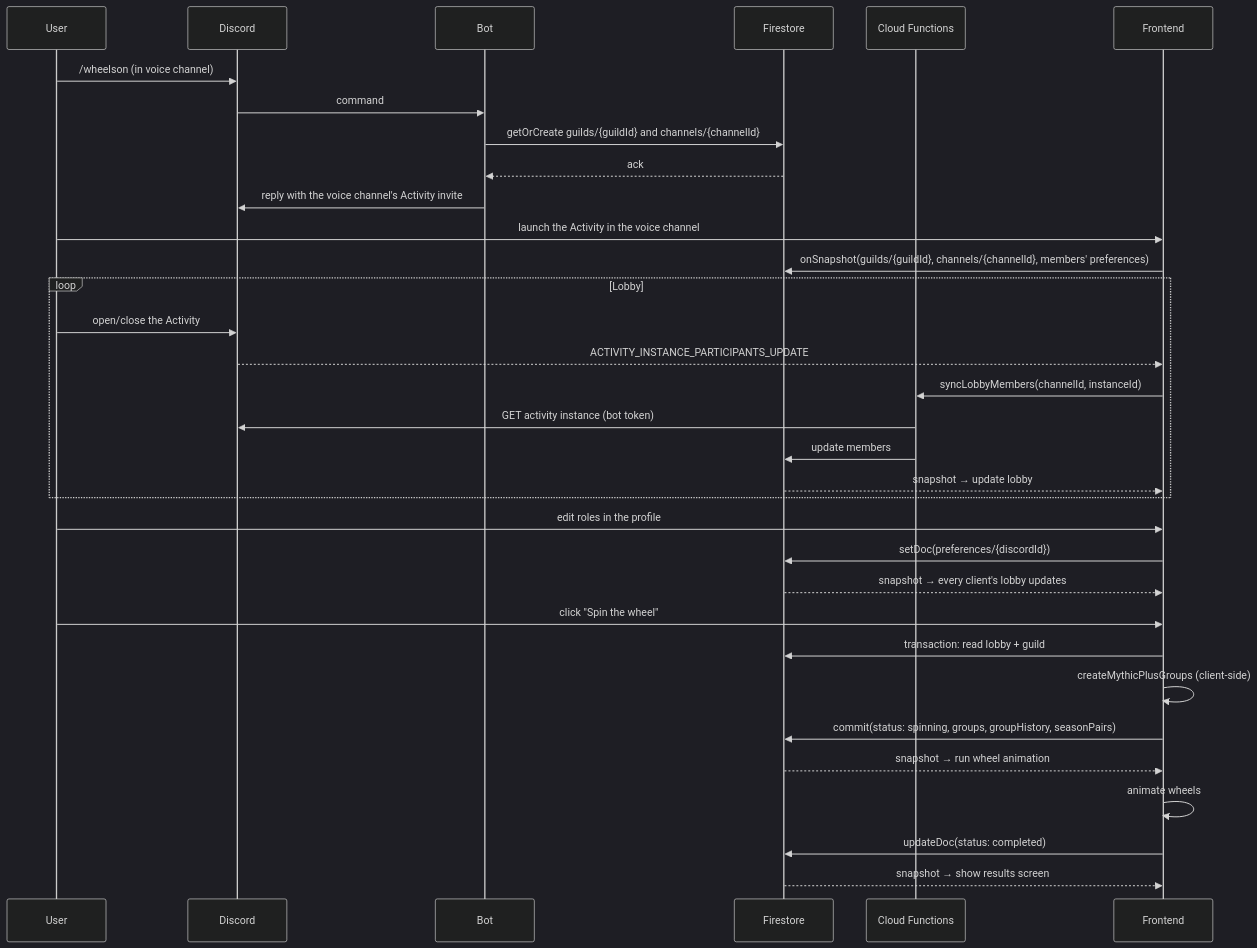
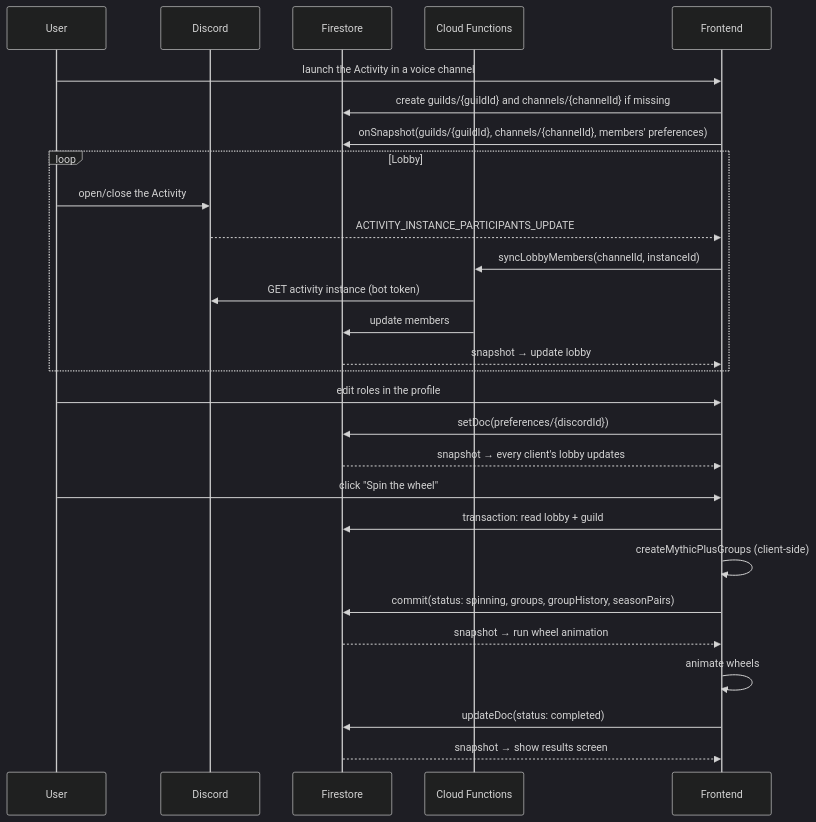
One commit to TytaniumDev/MythicPlusDiscordBot changed the fourth of 5 diagrams in ARCHITECTURE.md. Above: the diagram before and after it, drawn with Mermaid (dark theme). The commit also changed other lines of this file and 82 other files, not shown here.

````diff
--- a/ARCHITECTURE.md
+++ b/ARCHITECTURE.md
@@ -250,39 +227,34 @@
 ```mermaid
 sequenceDiagram
     participant User
     participant Discord
-    participant Bot
     participant Firestore
     participant Functions as Cloud Functions
     participant Frontend
 
-    User->>Discord: /wheelson (in voice channel)
-    Discord->>Bot: command
-    Bot->>Firestore: getOrCreate guilds/{guildId} and channels/{channelId}
-    Firestore-->>Bot: ack
-    Bot->>Discord: reply with the voice channel's Activity invite
-    User->>Frontend: launch the Activity in the voice channel
+    User->>Frontend: launch the Activity in a voice channel
+    Frontend->>Firestore: create guilds/{guildId} and channels/{channelId} if missing
     Frontend->>Firestore: onSnapshot(guilds/{guildId}, channels/{channelId}, members' preferences)
 
     loop Lobby
         User->>Discord: open/close the Activity
         Discord-->>Frontend: ACTIVITY_INSTANCE_PARTICIPANTS_UPDATE
         Frontend->>Functions: syncLobbyMembers(channelId, instanceId)
         Functions->>Discord: GET activity instance (bot token)
         Functions->>Firestore: update members
         Firestore-->>Frontend: snapshot → update lobby
     end
 
     User->>Frontend: edit roles in the profile
     Frontend->>Firestore: setDoc(preferences/{discordId})
     Firestore-->>Frontend: snapshot → every client's lobby updates
 
     User->>Frontend: click "Spin the wheel"
     Frontend->>Firestore: transaction: read lobby + guild
     Frontend->>Frontend: createMythicPlusGroups (client-side)
     Frontend->>Firestore: commit(status: spinning, groups, groupHistory, seasonPairs)
     Firestore-->>Frontend: snapshot → run wheel animation
     Frontend->>Frontend: animate wheels
     Frontend->>Firestore: updateDoc(status: completed)
     Firestore-->>Frontend: snapshot → show results screen
 ```
````
